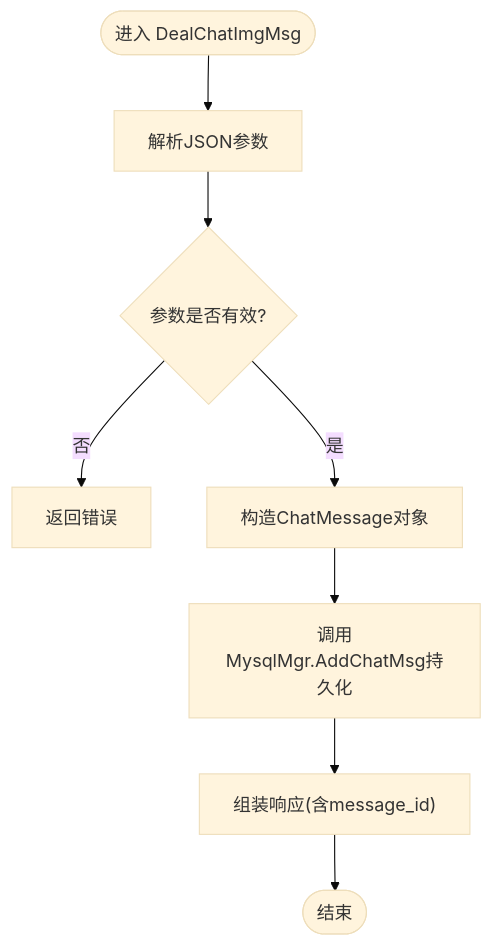
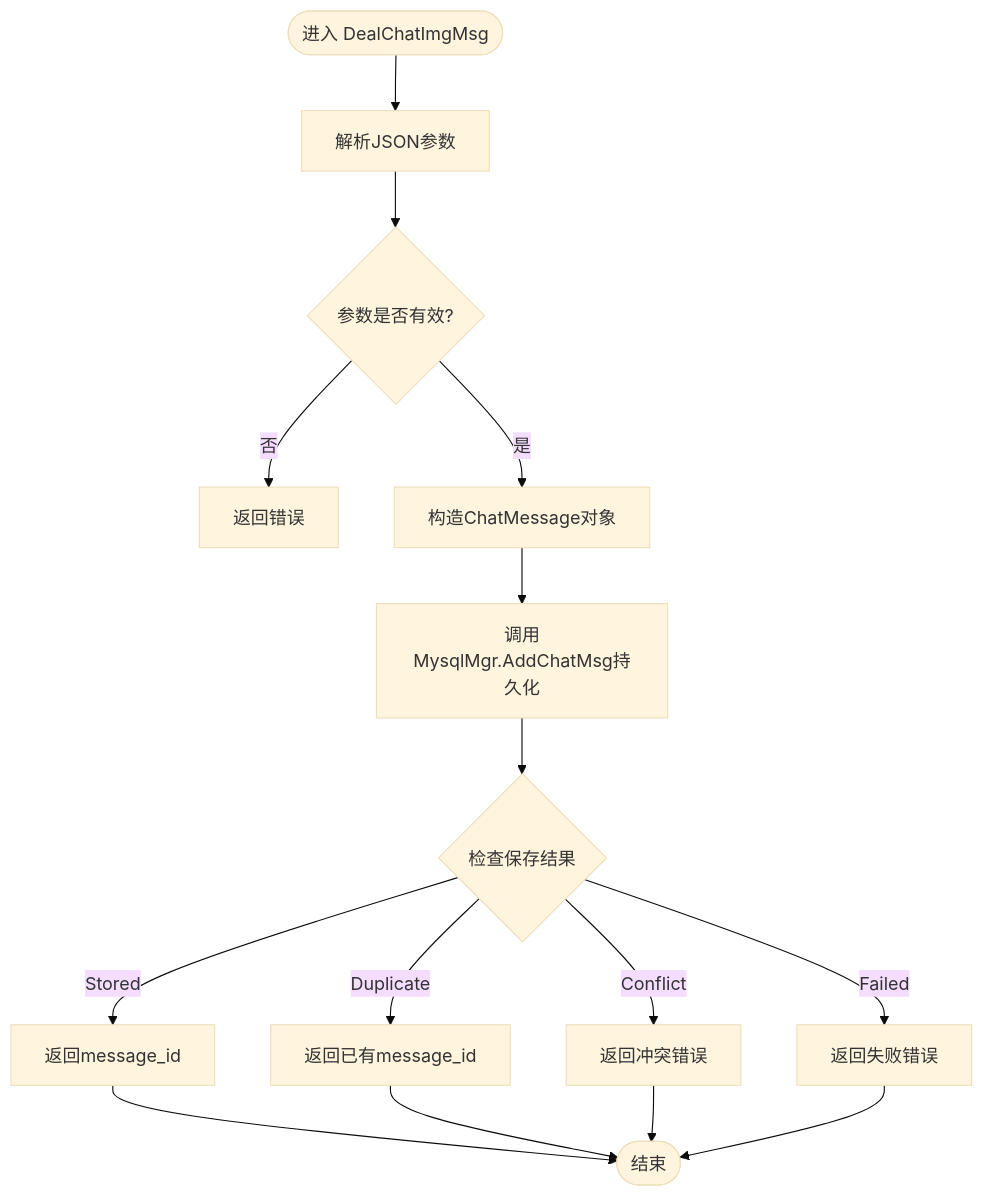
One commit to echo9923/mychatter changed the fourth of 9 diagrams in .qoder/repowiki/zh/content/服务端开发/ChatServer聊天核心服务/业务逻辑系统/聊天消息处理.md. Above: the diagram before and after it, drawn with Mermaid (base theme). The commit also changed other lines of this file and 54 other files, not shown here.

````diff
--- a/.qoder/repowiki/zh/content/服务端开发/ChatServer聊天核心服务/业务逻辑系统/聊天消息处理.md
+++ b/.qoder/repowiki/zh/content/服务端开发/ChatServer聊天核心服务/业务逻辑系统/聊天消息处理.md
@@ -176,10 +187,17 @@
 ```mermaid
 flowchart TD
 Start(["进入 DealChatImgMsg"]) --> Parse["解析JSON参数"]
 Parse --> Validate{"参数是否有效?"}
 Validate -- 否 --> Err["返回错误"]
 Validate -- 是 --> Build["构造ChatMessage对象"]
 Build --> Persist["调用MysqlMgr.AddChatMsg持久化"]
-Persist --> Resp["组装响应(含message_id)"]
-Resp --> End(["结束"])
+Persist --> CheckResult{"检查保存结果"}
+CheckResult -- Stored --> Success["返回message_id"]
+CheckResult -- Duplicate --> ReturnDup["返回已有message_id"]
+CheckResult -- Conflict --> ReturnConflict["返回冲突错误"]
+CheckResult -- Failed --> ReturnFail["返回失败错误"]
+Success --> End(["结束"])
+ReturnDup --> End
+ReturnConflict --> End
+ReturnFail --> End
 ```
````
